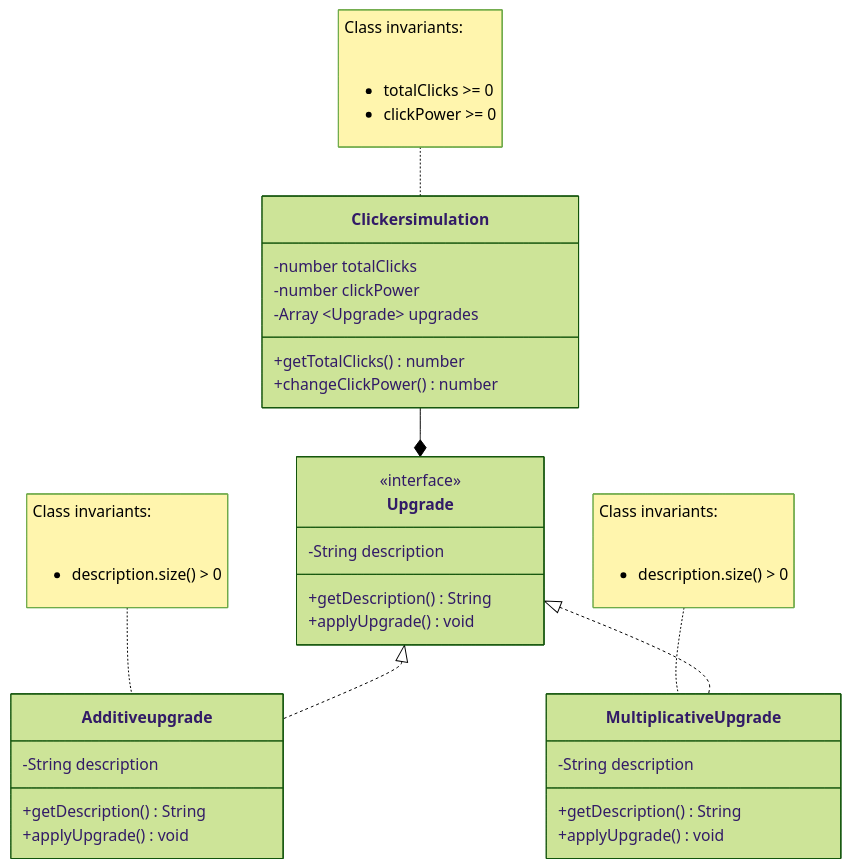
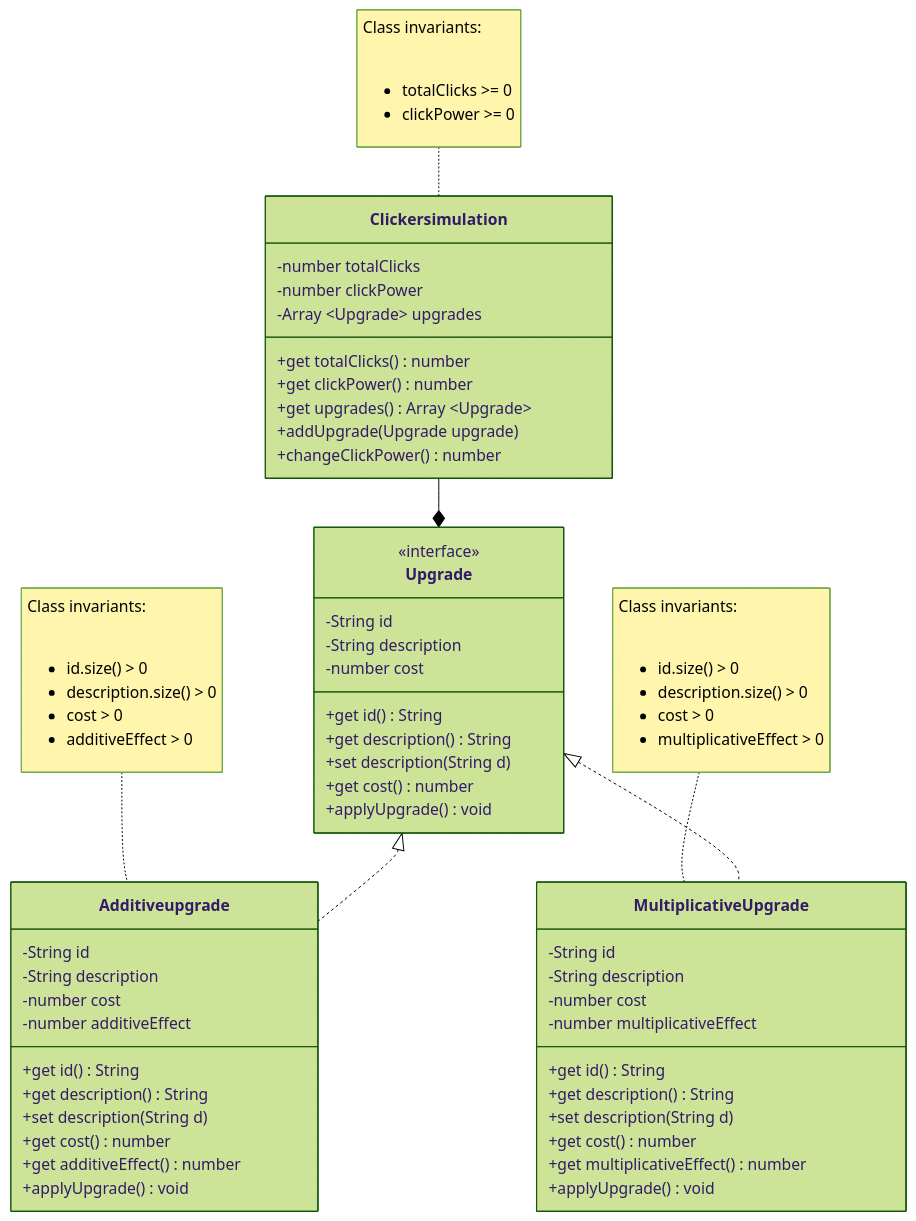
One commit to tsuki0272/Clicker_Project changed the diagram in domain.md. Above: the diagram before and after it, drawn with Mermaid (forest theme). The commit also changed 11 other files, not shown here.

````diff
--- a/domain.md
+++ b/domain.md
@@ -13,7 +13,10 @@
         -number clickPower
         -Array ~Upgrade~ upgrades
         
-        +getTotalClicks() number
+        +get totalClicks() number
+        +get clickPower() number
+        +get upgrades() Array ~Upgrade~
+        +addUpgrade(Upgrade upgrade)
         +changeClickPower() number
     }
 
@@ -21,9 +24,15 @@
     
     class Upgrade {
         <<interface>>
+        -String id
         -String description
+        -number cost
         
-        +getDescription() String
+        +get id() String
+        +get description() String
+        +set description(String d)
+        +get cost() number
+        
         +applyUpgrade() void
     }
     
@@ -31,16 +40,32 @@
     Upgrade <|.. MultiplicativeUpgrade
     
     class Additiveupgrade {
+        -String id
         -String description
+        -number cost
+        -number additiveEffect
 
-        +getDescription() String
+        +get id() String
+        +get description() String
+        +set description(String d)
+        +get cost() number
+        +get additiveEffect() number
+        
         +applyUpgrade() void
     }
 
     class MultiplicativeUpgrade {
+        -String id
         -String description
+        -number cost
+        -number multiplicativeEffect
 
-        +getDescription() String
+        +get id() String
+        +get description() String
+        +set description(String d)
+        +get cost() number
+        +get multiplicativeEffect() number
+        
         +applyUpgrade() void
     }
 
@@ -52,11 +77,17 @@
         
     note for Additiveupgrade "Class invariants: 
     <ul>
+        <li> id.size() > 0
         <li> description.size() > 0
+        <li> cost > 0
+        <li> additiveEffect > 0
     </ul>"
 
     note for MultiplicativeUpgrade "Class invariants: 
     <ul>
+        <li> id.size() > 0
         <li> description.size() > 0
+        <li> cost > 0
+        <li> multiplicativeEffect > 0
     </ul>"
 ```
````
